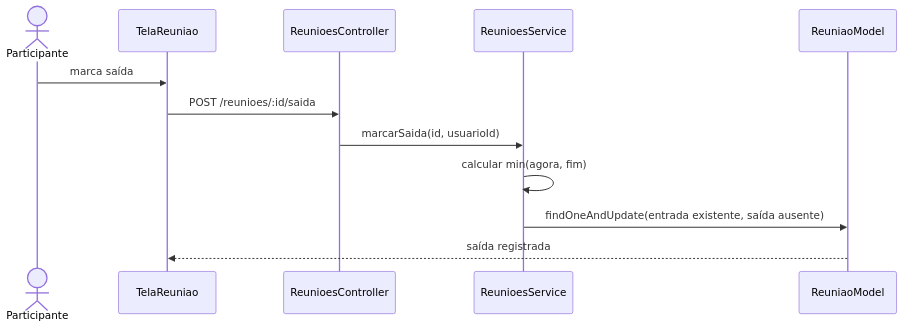
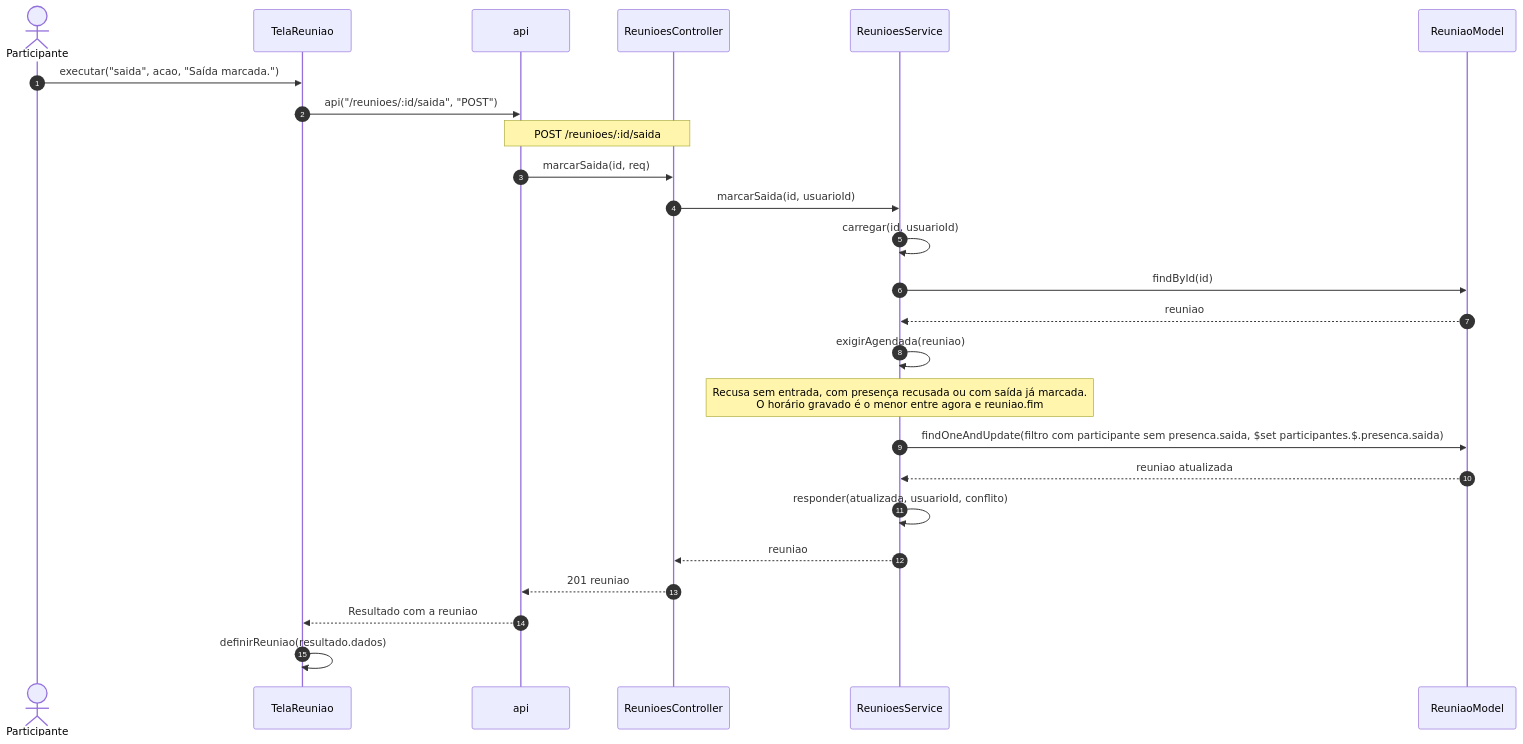
Before and after one commit to Conecta-IFSP/DOCUMENTATION: the seventh of 13 diagrams in 3 - Incremento2/reunioes/6 - diagramas-sequencia-reunioes.md, drawn with Mermaid. The commit also changed other lines of this file and 26 other files, not shown here.

````diff
--- a/3 - Incremento2/reunioes/6 - diagramas-sequencia-reunioes.md
+++ b/3 - Incremento2/reunioes/6 - diagramas-sequencia-reunioes.md
@@ -115,14 +209,27 @@
 ```mermaid
 sequenceDiagram
+    autonumber
     actor U as Participante
     participant T as TelaReuniao
+    participant A as api
     participant C as ReunioesController
     participant S as ReunioesService
     participant M as ReuniaoModel
-    U->>T: marca saída
-    T->>C: POST /reunioes/:id/saida
+    U->>T: executar("saida", acao, "Saída marcada.")
+    T->>A: api("/reunioes/:id/saida", "POST")
+    Note over A,C: POST /reunioes/:id/saida
+    A->>C: marcarSaida(id, req)
     C->>S: marcarSaida(id, usuarioId)
-    S->>S: calcular min(agora, fim)
-    S->>M: findOneAndUpdate(entrada existente, saída ausente)
-    M-->>T: saída registrada
+    S->>S: carregar(id, usuarioId)
+    S->>M: findById(id)
+    M-->>S: reuniao
+    S->>S: exigirAgendada(reuniao)
+    Note over S: Recusa sem entrada, com presença recusada ou com saída já marcada.<br/>O horário gravado é o menor entre agora e reuniao.fim
+    S->>M: findOneAndUpdate(filtro com participante sem presenca.saida, $set participantes.$.presenca.saida)
+    M-->>S: reuniao atualizada
+    S->>S: responder(atualizada, usuarioId, conflito)
+    S-->>C: reuniao
+    C-->>A: 201 reuniao
+    A-->>T: Resultado com a reuniao
+    T->>T: definirReuniao(resultado.dados)
 ```
````
